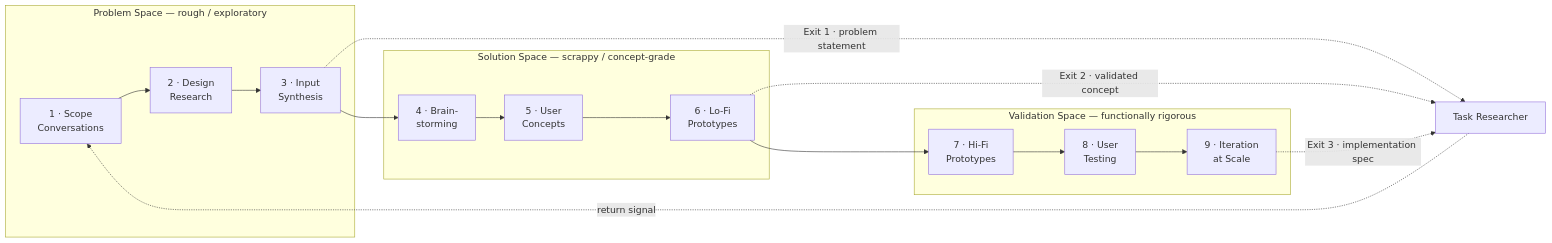
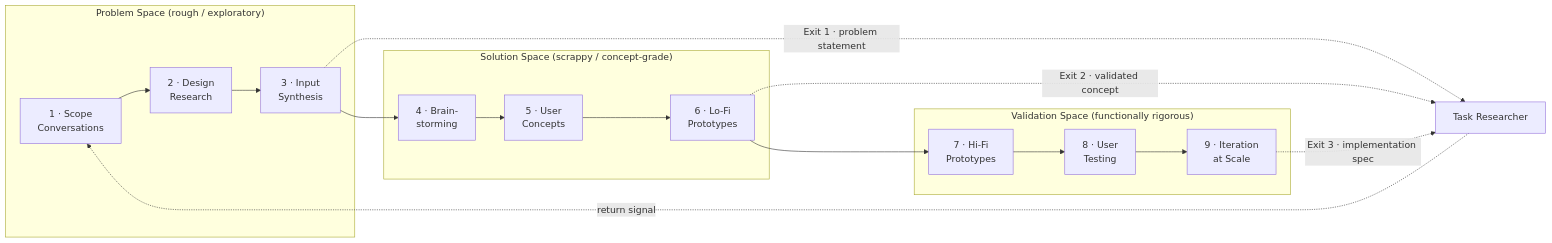
Before and after one commit to microsoft/hve-core: the diagram in docs/design-thinking/README.md, drawn with Mermaid. The commit also changed 59 other files, not shown here.

````diff
--- a/docs/design-thinking/README.md
+++ b/docs/design-thinking/README.md
@@ -34,23 +34,23 @@
 ```mermaid
 flowchart LR
-    subgraph problem["Problem Space — rough / exploratory"]
+    subgraph problem["Problem Space (rough / exploratory)"]
         M1["1 · Scope<br/>Conversations"] --> M2["2 · Design<br/>Research"] --> M3["3 · Input<br/>Synthesis"]
     end
 
-    subgraph solution["Solution Space — scrappy / concept-grade"]
+    subgraph solution["Solution Space (scrappy / concept-grade)"]
         M4["4 · Brain-<br/>storming"] --> M5["5 · User<br/>Concepts"] --> M6["6 · Lo-Fi<br/>Prototypes"]
     end
 
-    subgraph validation["Validation Space — functionally rigorous"]
+    subgraph validation["Validation Space (functionally rigorous)"]
         M7["7 · Hi-Fi<br/>Prototypes"] --> M8["8 · User<br/>Testing"] --> M9["9 · Iteration<br/>at Scale"]
     end
 
     M3 --> M4
     M6 --> M7
 
     M3 -.->|"Exit 1 · problem statement"| TR["Task Researcher"]
     M6 -.->|"Exit 2 · validated concept"| TR
     M9 -.->|"Exit 3 · implementation spec"| TR
 
     TR -.->|"return signal"| M1
 ```
````
